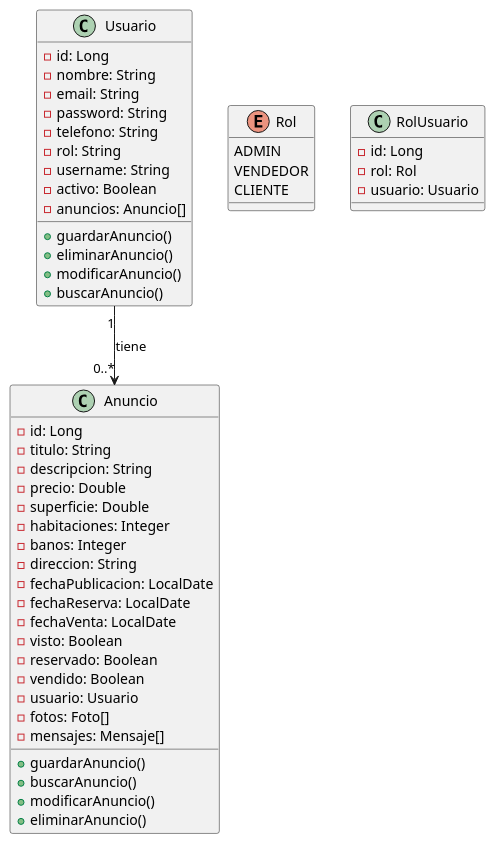
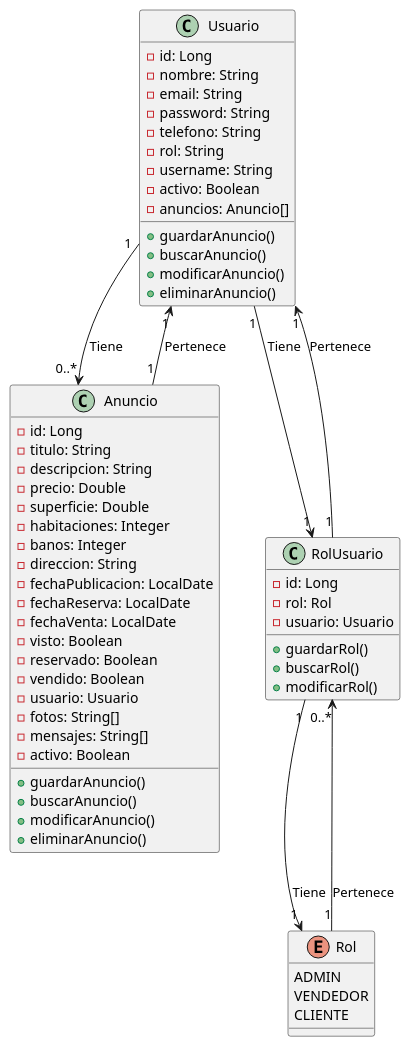
Before and after one commit to leoperezhinojosa/inmojaen: the diagram in docs/diagrama-clases.puml, drawn with PlantUML. The commit also changed 4 other files, not shown here.

```diff
--- a/docs/diagrama-clases.puml
+++ b/docs/diagrama-clases.puml
@@ -1,57 +1,68 @@
 @startuml Diagrama de Clases - InmoJaen
 
 class Usuario {
     - id: Long
     - nombre: String
     - email: String
     - password: String
     - telefono: String
     - rol: String
     - username: String
     - activo: Boolean
     - anuncios: Anuncio[]
     + guardarAnuncio()
+    + buscarAnuncio()
+    + modificarAnuncio()
     + eliminarAnuncio()
-    + modificarAnuncio()
-    + buscarAnuncio()
 }
 
 class Anuncio {
     - id: Long
     - titulo: String
     - descripcion: String
     - precio: Double
     - superficie: Double
     - habitaciones: Integer
     - banos: Integer
     - direccion: String
     - fechaPublicacion: LocalDate
     - fechaReserva: LocalDate
     - fechaVenta: LocalDate
     - visto: Boolean
     - reservado: Boolean
     - vendido: Boolean
     - usuario: Usuario
-    - fotos: Foto[]
-    - mensajes: Mensaje[]
+    - fotos: String[]
+    - mensajes: String[]
+    - activo: Boolean
     + guardarAnuncio()
     + buscarAnuncio()
     + modificarAnuncio()
     + eliminarAnuncio()
 }
 
 enum Rol {
     ADMIN
     VENDEDOR
     CLIENTE
 }
 
 class RolUsuario {
     - id: Long
     - rol: Rol
     - usuario: Usuario
+    + guardarRol()
+    + buscarRol()
+    + modificarRol()
 }
 
-Usuario "1" --> "0..*" Anuncio : tiene
+Usuario "1" --> "0..*" Anuncio : Tiene
+Anuncio "1" --> "1" Usuario : Pertenece
+Usuario "1" --> "1" RolUsuario : Tiene
+RolUsuario "1" --> "1" Usuario : Pertenece
+
+RolUsuario "1" --> "1" Rol : Tiene
+Rol "1" --> "0..*" RolUsuario : Pertenece
+
 
 @enduml
```
